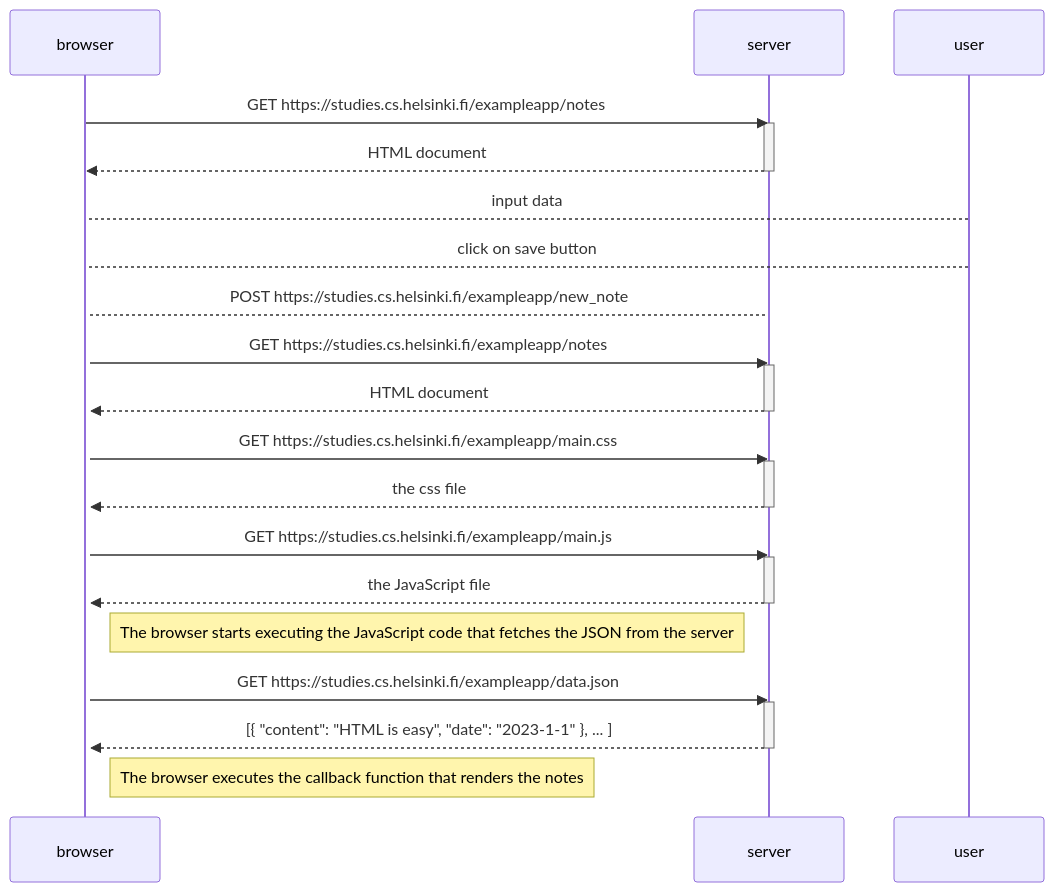
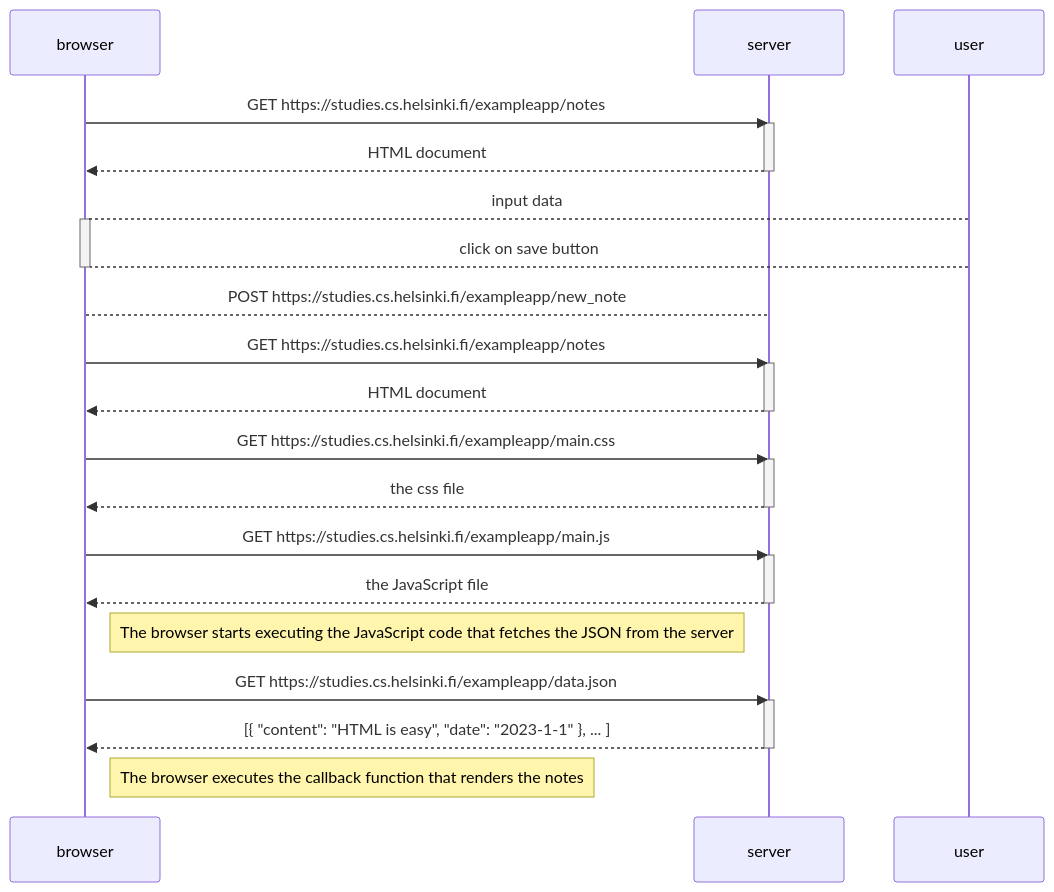
One commit to 24Akshat/fullstackopen changed the diagram in mermaid.md. Above: the diagram before and after it, drawn with Mermaid.

````diff
--- a/mermaid.md
+++ b/mermaid.md
@@ -1,39 +1,40 @@
 ```mermaid
 sequenceDiagram
     participant browser
     participant server
     participant user
 
     browser->>server: GET https://studies.cs.helsinki.fi/exampleapp/notes
     activate server
     server-->>browser: HTML document
     deactivate server
 
     user --> browser : input data
+    activate browser
     user --> browser : click on save button
-    activate browser
+    deactivate browser
     browser --> server : POST https://studies.cs.helsinki.fi/exampleapp/new_note
     browser->>server: GET https://studies.cs.helsinki.fi/exampleapp/notes
     activate server
     server-->>browser: HTML document
     deactivate server
 
     browser->>server: GET https://studies.cs.helsinki.fi/exampleapp/main.css
     activate server
     server-->>browser: the css file
     deactivate server
 
     browser->>server: GET https://studies.cs.helsinki.fi/exampleapp/main.js
     activate server
     server-->>browser: the JavaScript file
     deactivate server
 
     Note right of browser: The browser starts executing the JavaScript code that fetches the JSON from the server
 
     browser->>server: GET https://studies.cs.helsinki.fi/exampleapp/data.json
     activate server
     server-->>browser: [{ "content": "HTML is easy", "date": "2023-1-1" }, ... ]
     deactivate server
 
     Note right of browser: The browser executes the callback function that renders the notes
 ```
````
